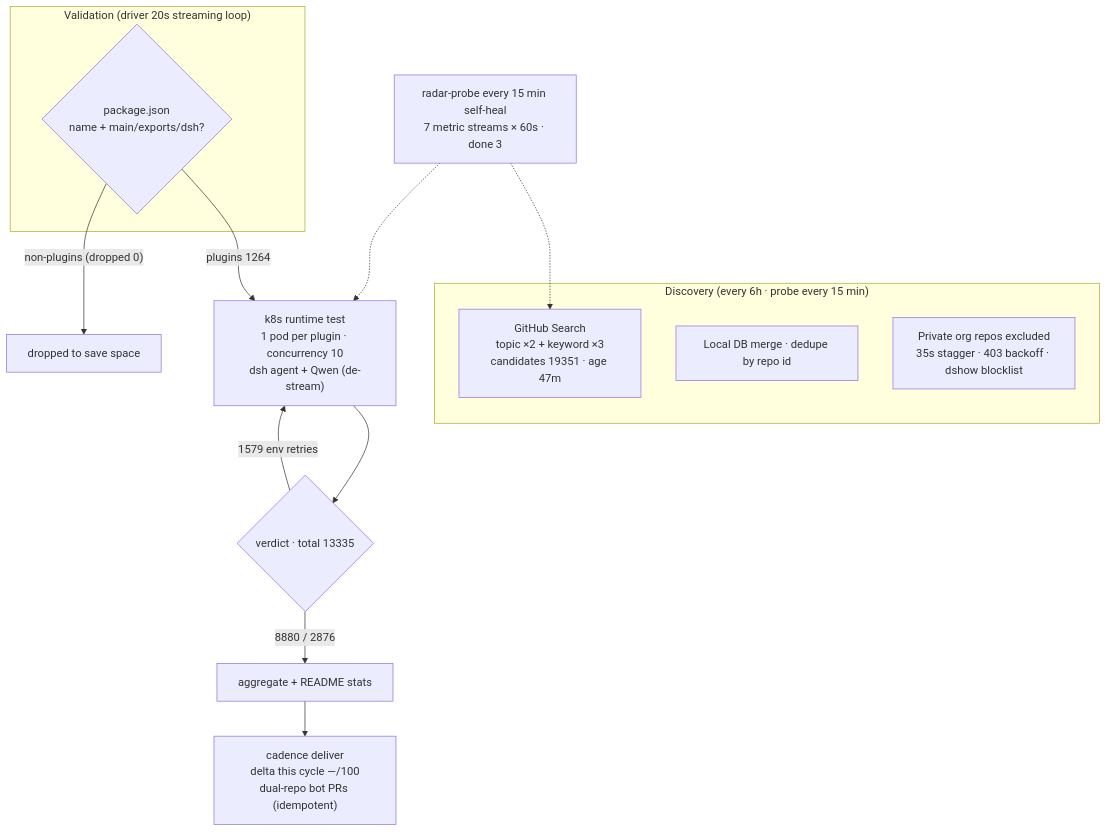
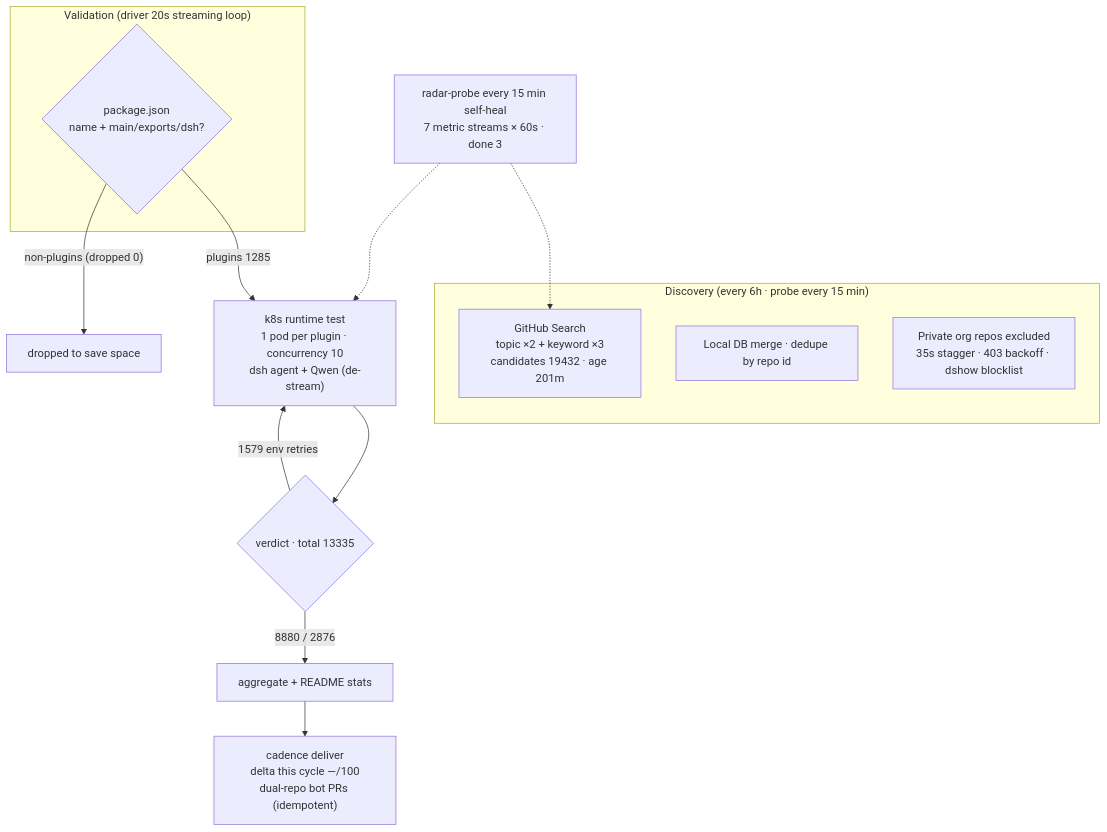
The diagram in README.en-US.md (AdamPlatin123/dsh-plugin-radar), drawn with Mermaid before and after one commit. The commit also changed other lines of this file and 18 other files, not shown here.

````diff
--- a/README.en-US.md
+++ b/README.en-US.md
@@ -45,20 +45,20 @@
 ```mermaid
 flowchart TB
     subgraph Discovery["Discovery (every 6h · probe every 15 min)"]
-        A1["GitHub Search<br/>topic ×2 + keyword ×3<br/>candidates 19351 · age 47m"]
+        A1["GitHub Search<br/>topic ×2 + keyword ×3<br/>candidates 19432 · age 201m"]
         A2["Local DB merge · dedupe by repo id"]
         A3["Private org repos excluded<br/>35s stagger · 403 backoff · dshow blocklist"]
     end
     subgraph Validation["Validation (driver 20s streaming loop)"]
         B1{"package.json<br/>name + main/exports/dsh?"}
     end
-    B1 -->|"plugins 1264"| C1["k8s runtime test<br/>1 pod per plugin · concurrency 10<br/>dsh agent + Qwen (de-stream)"]
+    B1 -->|"plugins 1285"| C1["k8s runtime test<br/>1 pod per plugin · concurrency 10<br/>dsh agent + Qwen (de-stream)"]
     B1 -->|"non-plugins (dropped 0)"| B3["dropped to save space"]
     C1 --> D1{"verdict · total 13335"}
     D1 -->|"8880 / 2876"| E1["aggregate + README stats"]
     D1 -->|"1579 env retries"| C1
     E1 --> E2["cadence deliver<br/>delta this cycle —/100<br/>dual-repo bot PRs (idempotent)"]
     M["radar-probe every 15 min self-heal<br/>7 metric streams × 60s · done 3"]
     M -.-> A1
     M -.-> C1
 ```
````
